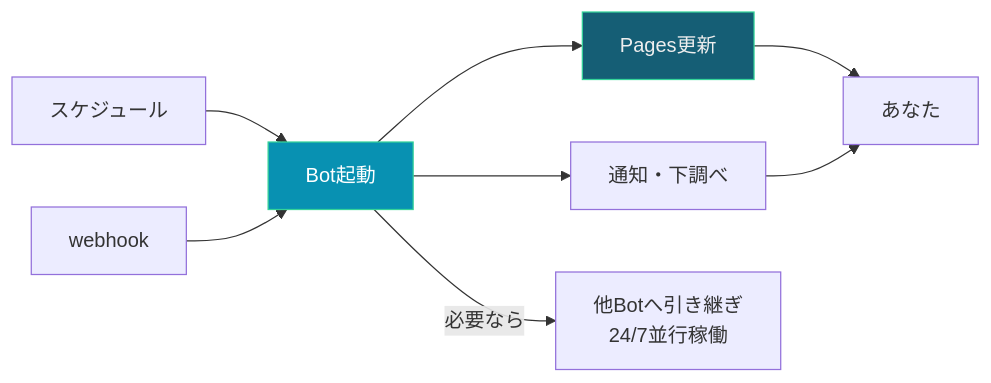
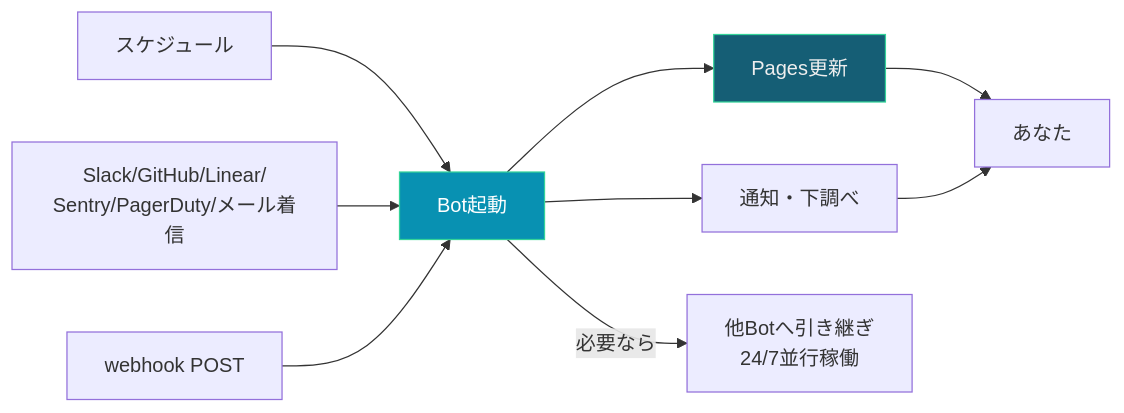
The third of 6 diagrams in zenn-article.md (mori-tt/muse-grokbot), drawn with Mermaid before and after one commit. The commit also changed other lines of this file and 2 other files, not shown here.

````diff
--- a/zenn-article.md
+++ b/zenn-article.md
@@ -181,12 +232,13 @@
 ```mermaid
 flowchart LR
     SCH["スケジュール"] --> B["Bot起動"]
-    WH["webhook"] --> B
+    EV["Slack/GitHub/Linear/<br>Sentry/PagerDuty/メール着信"] --> B
+    WH["webhook POST"] --> B
     B --> P["Pages更新"]
     B --> N["通知・下調べ"]
     B -->|"必要なら"| OB["他Botへ引き継ぎ<br>24/7並行稼働"]
     P --> U["あなた"]
     N --> U
     style B fill:#0891b2,stroke:#34d399,color:#fff
     style P fill:#155e75,stroke:#34d399,color:#eee
 ```
````
